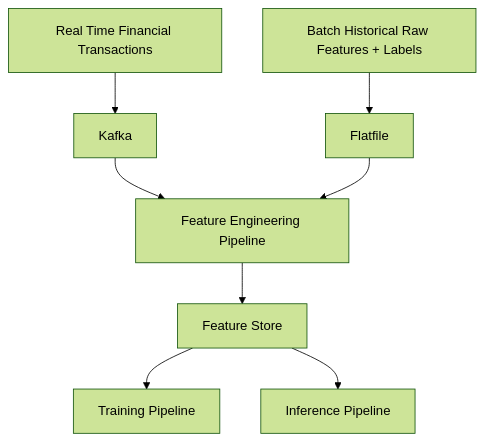
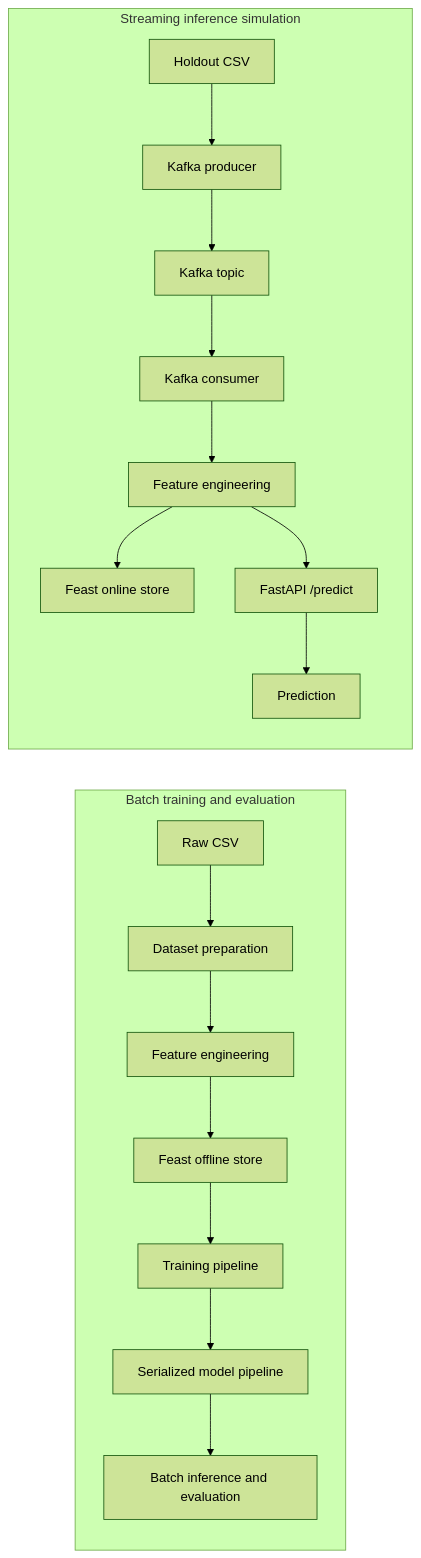
Before and after one commit to calebhadley1/financial-crime: the diagram in README.md, drawn with Mermaid (forest theme). The commit also changed other lines of this file and 4 other files, not shown here.

Commit message:
Update inference service to use featore store instead of taking raw features

````diff
--- a/README.md
+++ b/README.md
@@ -27,12 +32,21 @@
 ```mermaid
-graph TD;
-    A[Real Time Financial Transactions] --> B[Kafka]
-    B --> C[Feature Engineering Pipeline]
-    C --> D[Feature Store]
-    D --> E[Training Pipeline]
-    D --> F[Inference Pipeline]
+flowchart LR
+  subgraph Batch[Batch training and evaluation]
+    A[Raw CSV] --> B[Dataset preparation]
+    B --> C[Feature engineering]
+    C --> D[Feast offline store]
+    D --> E[Training pipeline]
+    E --> F[Serialized model pipeline]
+    F --> G[Batch inference and evaluation]
+  end
 
-    G[Batch Historical Raw Features + Labels] --> H[Flatfile]
-    H --> C
-
+  subgraph Stream[Streaming inference simulation]
+    H[Holdout CSV] --> I[Kafka producer]
+    I --> J[Kafka topic]
+    J --> K[Kafka consumer]
+    K --> L[Feature engineering]
+    L --> M[Feast online store]
+    L --> N[FastAPI /predict]
+    N --> O[Prediction]
+  end
 ```
````
